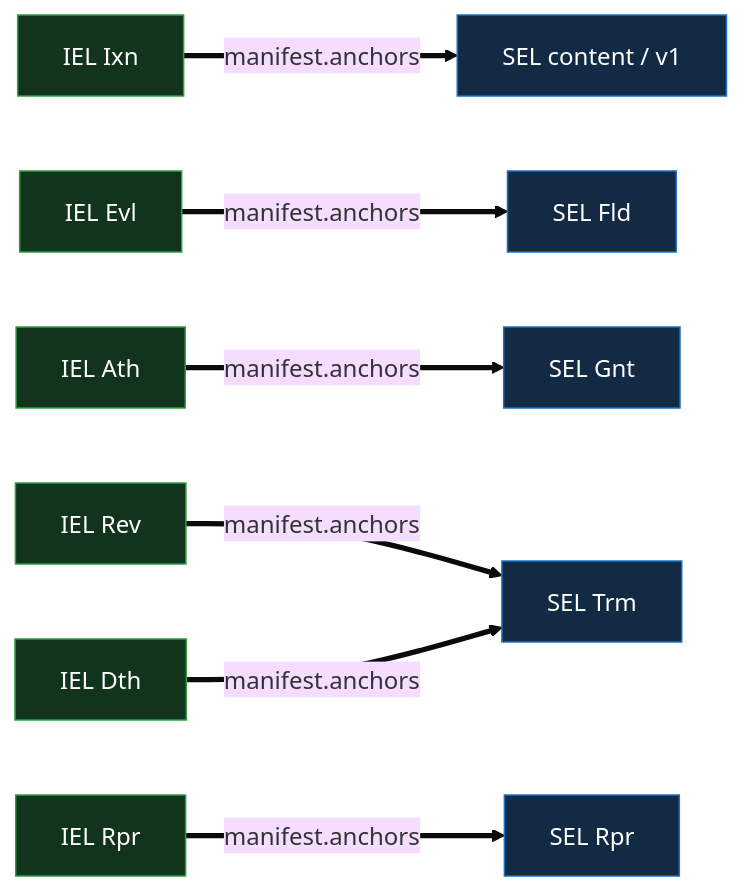
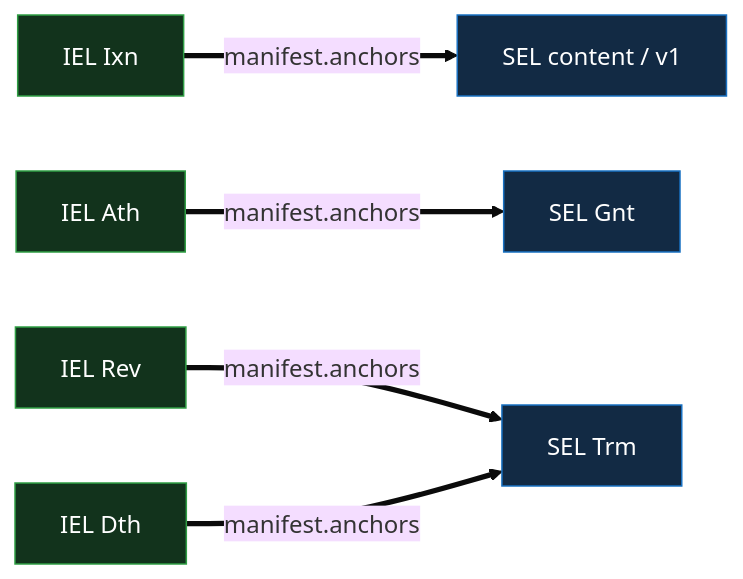
The fourth of 7 diagrams in docs/design/primitives/data/event-logs/event-shape.md (jasoncolburne/vdti), drawn with Mermaid (base theme) before and after one commit. The commit also changed other lines of this file and 1 other file, not shown here.

````diff
--- a/docs/design/primitives/data/event-logs/event-shape.md
+++ b/docs/design/primitives/data/event-logs/event-shape.md
@@ -404,11 +405,9 @@
 ```mermaid
 flowchart LR
   Ixn["IEL Ixn"]:::iel ==>|manifest.anchors| c["SEL content / v1"]:::sel
-  Evl["IEL Evl"]:::iel ==>|manifest.anchors| Fld["SEL Fld"]:::sel
   Ath["IEL Ath"]:::iel ==>|manifest.anchors| Gnt["SEL Gnt"]:::sel
   Rev["IEL Rev"]:::iel ==>|manifest.anchors| Trm["SEL Trm"]:::sel
   Dth["IEL Dth"]:::iel ==>|manifest.anchors| Trm
-  Rpr["IEL Rpr"]:::iel ==>|manifest.anchors| RprS["SEL Rpr"]:::sel
   classDef iel fill:#12331c,stroke:#2f9e44,color:#fff
   classDef sel fill:#122a44,stroke:#1971c2,color:#fff
 ```
````
